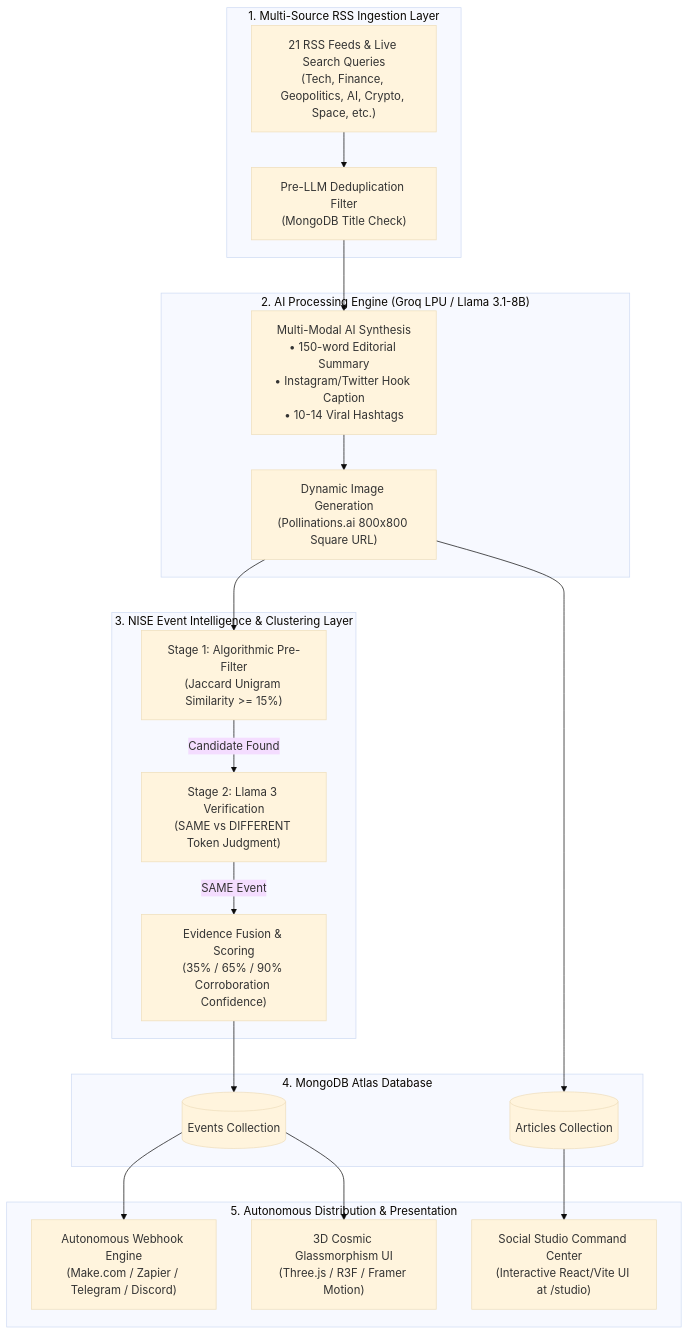
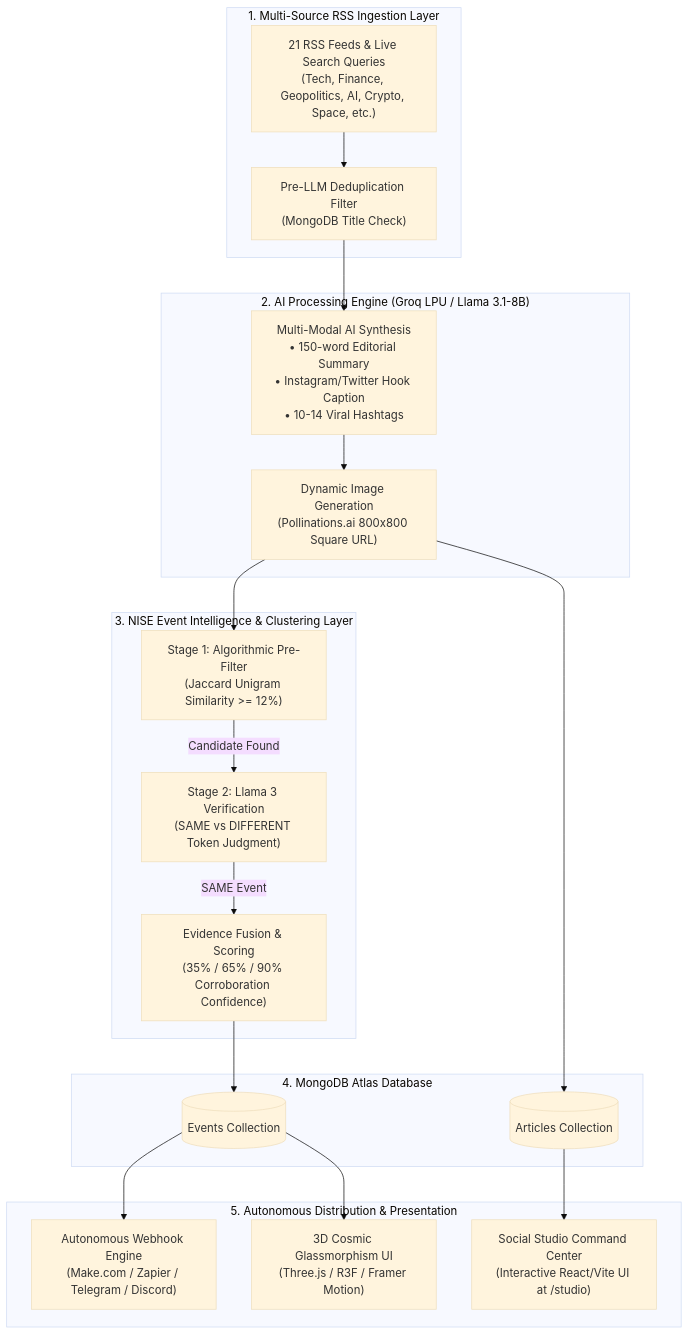
Before and after one commit to Jayadasan777/NEWS-AI-AGGREGATOR: the diagram in README.md, drawn with Mermaid (base theme). The commit also changed other lines of this file and 24 other files, not shown here.

````diff
--- a/README.md
+++ b/README.md
@@ -14,40 +14,40 @@
 ```mermaid
 graph TD
     subgraph Ingestion["1. Multi-Source RSS Ingestion Layer"]
         RSS["21 RSS Feeds & Live Search Queries<br/>(Tech, Finance, Geopolitics, AI, Crypto, Space, etc.)"]
         Dedup["Pre-LLM Deduplication Filter<br/>(MongoDB Title Check)"]
         RSS --> Dedup
     end
 
     subgraph Processing["2. AI Processing Engine (Groq LPU / Llama 3.1-8B)"]
         Synth["Multi-Modal AI Synthesis<br/>• 150-word Editorial Summary<br/>• Instagram/Twitter Hook Caption<br/>• 10-14 Viral Hashtags"]
         ImgGen["Dynamic Image Generation<br/>(Pollinations.ai 800x800 Square URL)"]
         Dedup --> Synth
         Synth --> ImgGen
     end
 
     subgraph Intelligence["3. NISE Event Intelligence & Clustering Layer"]
-        Jaccard["Stage 1: Algorithmic Pre-Filter<br/>(Jaccard Unigram Similarity >= 15%)"]
+        Jaccard["Stage 1: Algorithmic Pre-Filter<br/>(Jaccard Unigram Similarity >= 12%)"]
         LLMMatch["Stage 2: Llama 3 Verification<br/>(SAME vs DIFFERENT Token Judgment)"]
         Fusion["Evidence Fusion & Scoring<br/>(35% / 65% / 90% Corroboration Confidence)"]
         ImgGen --> Jaccard
         Jaccard -->|Candidate Found| LLMMatch
         LLMMatch -->|SAME Event| Fusion
     end
 
     subgraph Database["4. MongoDB Atlas Database"]
         ArtColl[("Articles Collection")]
         EvtColl[("Events Collection")]
         ImgGen --> ArtColl
         Fusion --> EvtColl
     end
 
     subgraph Distribution["5. Autonomous Distribution & Presentation"]
         AutoBroadcast["Autonomous Webhook Engine<br/>(Make.com / Zapier / Telegram / Discord)"]
         SocialStudio["Social Studio Command Center<br/>(Interactive React/Vite UI at /studio)"]
         CosmicUI["3D Cosmic Glassmorphism UI<br/>(Three.js / R3F / Framer Motion)"]
         EvtColl --> AutoBroadcast
         ArtColl --> SocialStudio
         EvtColl --> CosmicUI
     end
 ```
````
